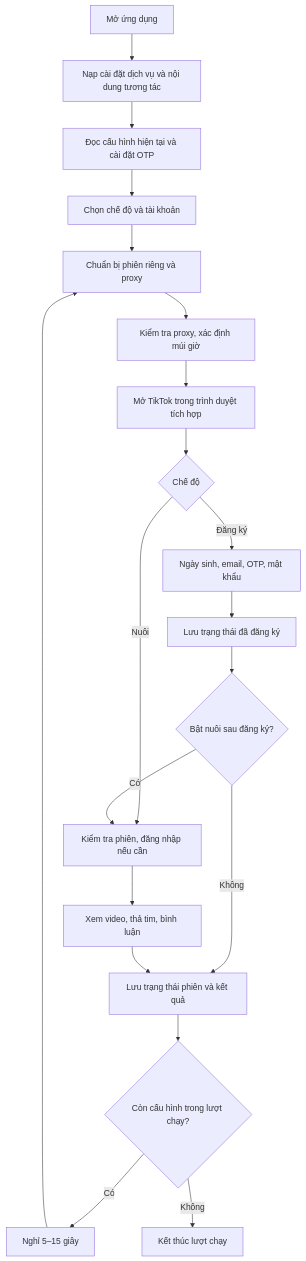
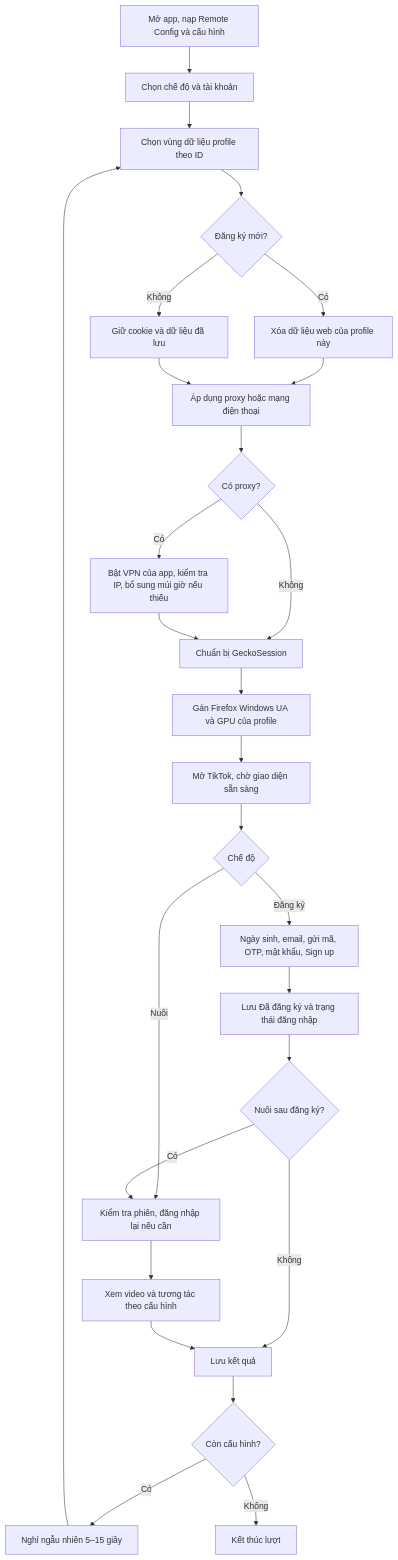
One commit to huunam02/Tool-REG-Tiktok changed the diagram in docs/co-che-hoat-dong.md. Above: the diagram before and after it, drawn with Mermaid. The commit also changed other lines of this file and 1 other file, not shown here.

````diff
--- a/docs/co-che-hoat-dong.md
+++ b/docs/co-che-hoat-dong.md
@@ -19,22 +24,29 @@
 ```mermaid
 flowchart TD
-    A[Mở ứng dụng] --> B[Nạp cài đặt dịch vụ và nội dung tương tác]
-    B --> C[Đọc cấu hình hiện tại và cài đặt OTP]
-    C --> D[Chọn chế độ và tài khoản]
-    D --> E[Chuẩn bị phiên riêng và proxy]
-    E --> F[Kiểm tra proxy, xác định múi giờ]
-    F --> G[Mở TikTok trong trình duyệt tích hợp]
-    G --> H{Chế độ}
-    H -->|Đăng ký| I[Ngày sinh, email, OTP, mật khẩu]
-    H -->|Nuôi| J[Kiểm tra phiên, đăng nhập nếu cần]
-    I --> K[Lưu trạng thái đã đăng ký]
-    K --> L{Bật nuôi sau đăng ký?}
-    L -->|Có| J
-    J --> M[Xem video, thả tim, bình luận]
-    L -->|Không| N[Lưu trạng thái phiên và kết quả]
-    M --> N
-    N --> O{Còn cấu hình trong lượt chạy?}
-    O -->|Có| P[Nghỉ 5–15 giây]
-    P --> E
-    O -->|Không| Q[Kết thúc lượt chạy]
+    A[Mở app, nạp Remote Config và cấu hình] --> B[Chọn chế độ và tài khoản]
+    B --> C[Chọn vùng dữ liệu profile theo ID]
+    C --> D{Đăng ký mới?}
+    D -->|Có| E[Xóa dữ liệu web của profile này]
+    D -->|Không| F[Giữ cookie và dữ liệu đã lưu]
+    E --> G[Áp dụng proxy hoặc mạng điện thoại]
+    F --> G
+    G --> H{Có proxy?}
+    H -->|Có| I[Bật VPN của app, kiểm tra IP, bổ sung múi giờ nếu thiếu]
+    H -->|Không| J[Chuẩn bị GeckoSession]
+    I --> J
+    J --> K[Gán Firefox Windows UA và GPU của profile]
+    K --> L[Mở TikTok, chờ giao diện sẵn sàng]
+    L --> M{Chế độ}
+    M -->|Đăng ký| N[Ngày sinh, email, gửi mã, OTP, mật khẩu, Sign up]
+    M -->|Nuôi| O[Kiểm tra phiên, đăng nhập lại nếu cần]
+    N --> P[Lưu Đã đăng ký và trạng thái đăng nhập]
+    P --> Q{Nuôi sau đăng ký?}
+    Q -->|Có| O
+    O --> R[Xem video và tương tác theo cấu hình]
+    Q -->|Không| S[Lưu kết quả]
+    R --> S
+    S --> T{Còn cấu hình?}
+    T -->|Có| U[Nghỉ ngẫu nhiên 5–15 giây]
+    U --> C
+    T -->|Không| V[Kết thúc lượt]
 ```
````
